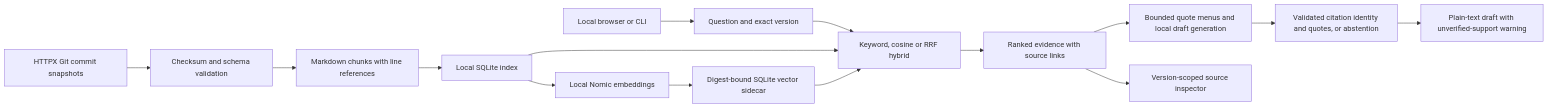
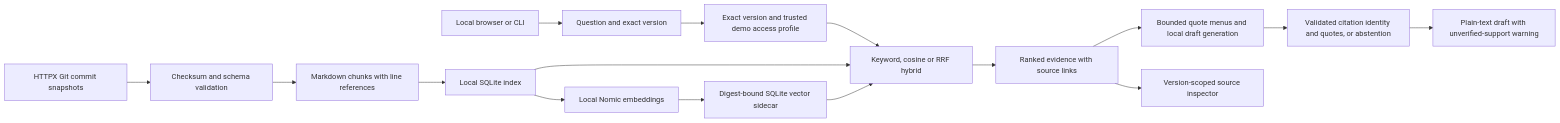
Before and after one commit to UttamBhavani007/versionlens: the diagram in docs/ARCHITECTURE.md, drawn with Mermaid. The commit also changed other lines of this file and 29 other files, not shown here.

````diff
--- a/docs/ARCHITECTURE.md
+++ b/docs/ARCHITECTURE.md
@@ -5,17 +5,18 @@
 ```mermaid
 flowchart LR
     A[HTTPX Git commit snapshots] --> B[Checksum and schema validation]
     B --> C[Markdown chunks with line references]
     C --> D[Local SQLite index]
     L[Local browser or CLI] --> E[Question and exact version]
-    E --> F[Keyword, cosine or RRF hybrid]
+    E --> P[Exact version and trusted demo access profile]
+    P --> F[Keyword, cosine or RRF hybrid]
     D --> F
     D --> H[Local Nomic embeddings]
     H --> I[Digest-bound SQLite vector sidecar]
     I --> F
     F --> G[Ranked evidence with source links]
     G --> J[Bounded quote menus and local draft generation]
     J --> K[Validated citation identity and quotes, or abstention]
     G --> M[Version-scoped source inspector]
     K --> N[Plain-text draft with unverified-support warning]
 ```
````
